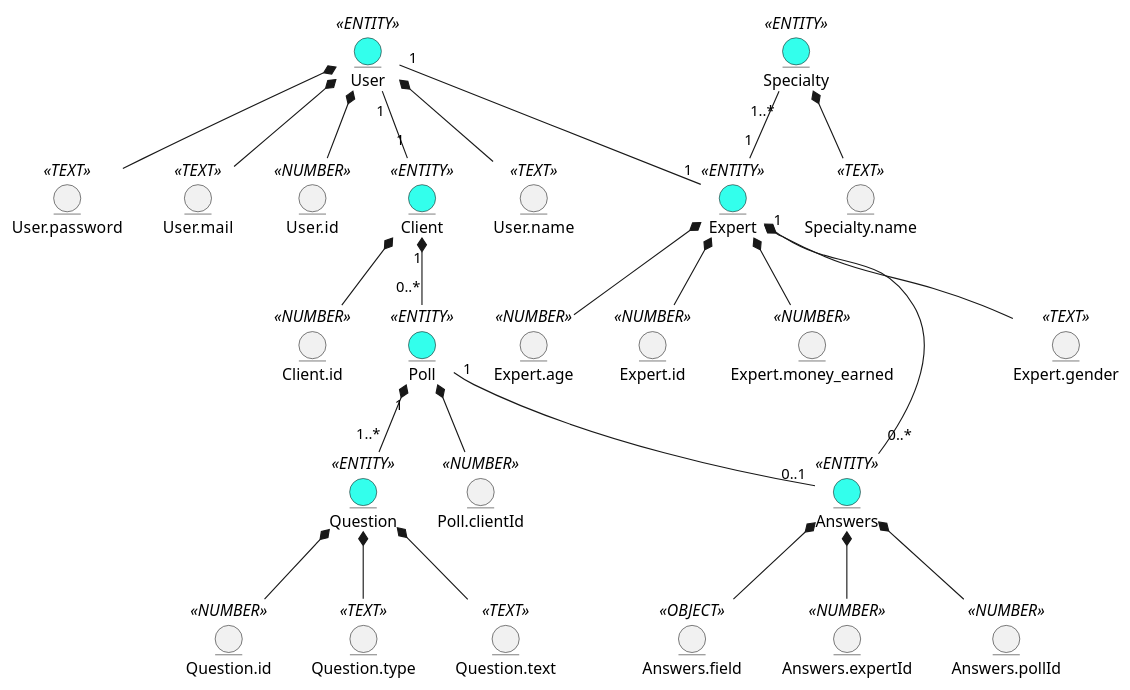
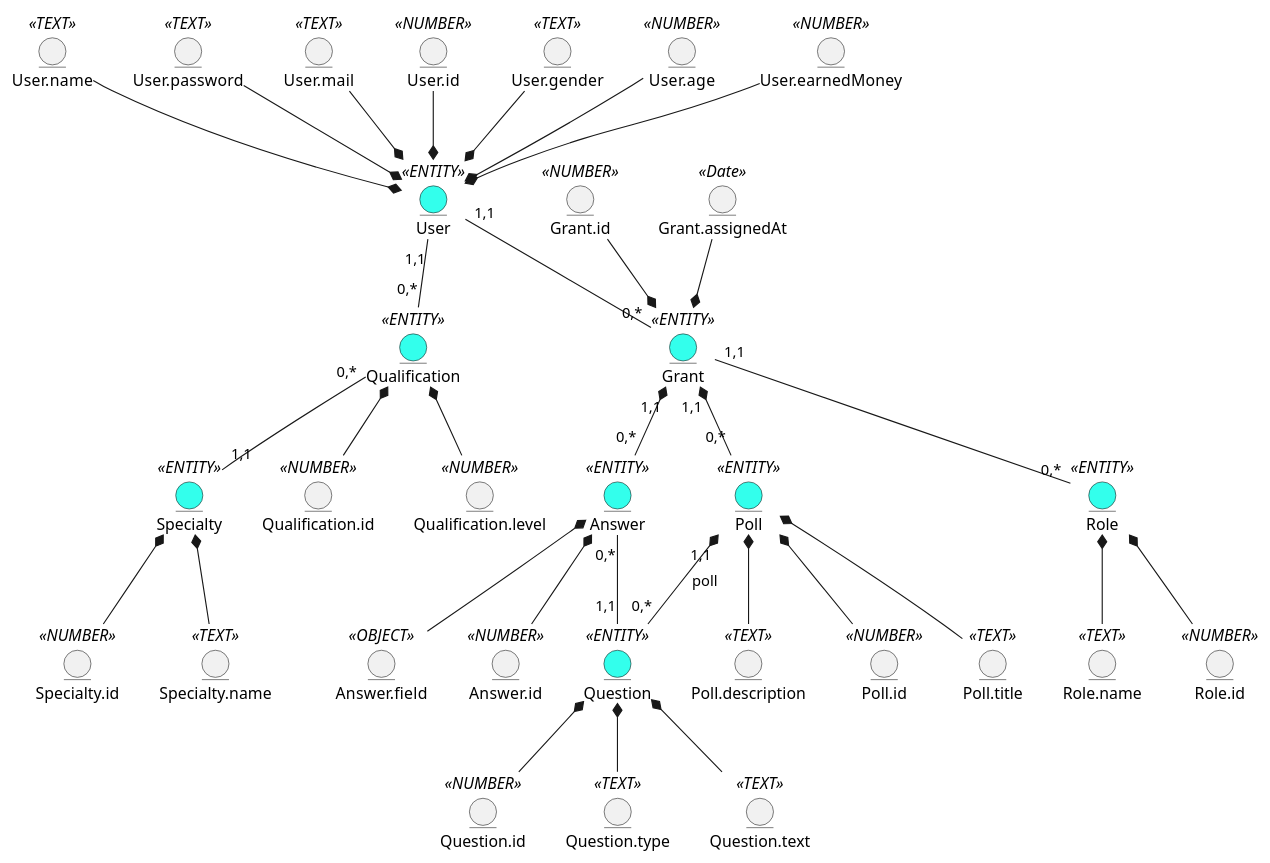
One commit to kujo205/db_labs changed the first of 2 diagrams in docs/design/README.md. Above: the diagram before and after it, drawn with PlantUML. The commit also changed other lines of this file, not shown here.

Commit message:
made required changes(#43)

```diff
--- a/docs/design/README.md
+++ b/docs/design/README.md
@@ -7,65 +7,86 @@
 @startuml
-entity User <<ENTITY>> #33FFEC
-entity User.name <<TEXT>>
-entity User.password <<TEXT>>
-entity User.mail <<TEXT>>
-entity User.id <<NUMBER>>
 
-entity Expert <<ENTITY>> #33FFEC
-entity Expert.gender <<TEXT>>
-entity Expert.age <<NUMBER>>
-entity Expert.id <<NUMBER>>
-entity Expert.money_earned <<NUMBER>>
+  entity User <<ENTITY>> #33FFEC
+  entity User.name <<TEXT>>
+  entity User.password <<TEXT>>
+  entity User.mail <<TEXT>>
+  entity User.id <<NUMBER>>
+  entity User.gender <<TEXT>>
+  entity User.age <<NUMBER>>
+  entity User.earnedMoney <<NUMBER>>
 
-entity Specialty <<ENTITY>> #33FFEC
-entity Specialty.name <<TEXT>> 
+  entity Qualification <<ENTITY>> #33FFEC
+  entity Qualification.id <<NUMBER>>
+  entity Qualification.level <<NUMBER>>
 
-entity Client <<ENTITY>> #33FFEC
-entity Client.id <<NUMBER>>
+  entity Specialty <<ENTITY>> #33FFEC
+  entity Specialty.id <<NUMBER>>
+  entity Specialty.name <<TEXT>>
 
-entity Answers <<ENTITY>> #33FFEC
-entity Answers.field <<OBJECT>>
-entity Answers.expertId <<NUMBER>>
-entity Answers.pollId <<NUMBER>>
+  entity Grant <<ENTITY>> #33FFEC
+  entity Grant.id <<NUMBER>>
+  entity Grant.assignedAt <<Date>>
 
-entity Question <<ENTITY>> #33FFEC
-entity Question.id <<NUMBER>>
-entity Question.type <<TEXT>>
-entity Question.text <<TEXT>>
+  entity Role <<ENTITY>> #33FFEC
+  entity Role.id <<NUMBER>>
+  entity Role.name <<TEXT>>
 
-entity Poll <<ENTITY>> #33FFEC
-entity Poll.clientId <<NUMBER>>
+  entity Poll <<ENTITY>> #33FFEC
+  entity Poll.id <<NUMBER>>
+  entity Poll.title <<TEXT>>
+  entity Poll.description <<TEXT>>
 
-User "1" -- "1" Client
-User "1" -- "1" Expert
+  entity Question <<ENTITY>> #33FFEC
+  entity Question.id <<NUMBER>>
+  entity Question.type <<TEXT>>
+  entity Question.text <<TEXT>>
 
-Poll "0..*" -u-* "1" Client
-Poll "1" -- "0..1" Answers
-Poll.clientId -u-* Poll
+  entity Answer <<ENTITY>> #33FFEC
+  entity Answer.id <<NUMBER>>
+  entity Answer.field <<OBJECT>>
 
-Question "1..*" -u-* "1" Poll
-Question.id -u-* Question
-Question.type -u-* Question 
-Question.text -u-* Question 
+  User.name -d-* User 
+  User.password -d-* User
+  User.mail -d-* User
+  User.id -d-* User
+  User.age -d-* User
+  User.gender -d-* User
+  User.earnedMoney -d-* User
 
-Specialty.name -u-* Specialty
+  User "1,1" -- "0,*" Grant
+  User "1,1" -- "0,*" Qualification
 
-Expert.age -u-* Expert
-Expert.id -u-* Expert
-Expert.gender -u-* Expert
-Expert.money_earned -u-* Expert
-Specialty "1..*" -- "1" Expert
+  Grant.id --* Grant
+  Grant.assignedAt --* Grant 
 
-Answers.pollId -u-* Answers
-Answers.field -u-* Answers
-Answers.expertId -u-* Answers
-Answers "0..*" -u-* "1" Expert
+  Grant "1,1" -- "0,*" Role
 
-Client.id -u-* Client
+  Qualification.id -u-* Qualification
+  Qualification.level -u-* Qualification
 
-User.name -u-* User 
-User.password -u-* User
-User.mail -u-* User
-User.id -u-* User
+  Qualification "0,*" -- "1,1" Specialty
+
+  Specialty.id -u-* Specialty
+  Specialty.name -u-* Specialty
+
+  Role.id -u-* Role
+  Role.name -u-* Role
+
+  Poll "0,*" -u-* "1,1" Grant
+  Poll.id -u-* Poll
+  Poll.title -u-* Poll
+  Poll.description -u-* Poll
+
+  Question "0,*" -u-* "1,1" Poll:poll
+  Question.id -u-* Question
+  Question.type -u-* Question 
+  Question.text -u-* Question
+
+  Question "1,1" -u- "0,*" Answer
+
+  Answer.id -u-* Answer
+  Answer.field -u-* Answer
+
+  Answer "0,*" -u-* "1,1" Grant
 
 @enduml
```
